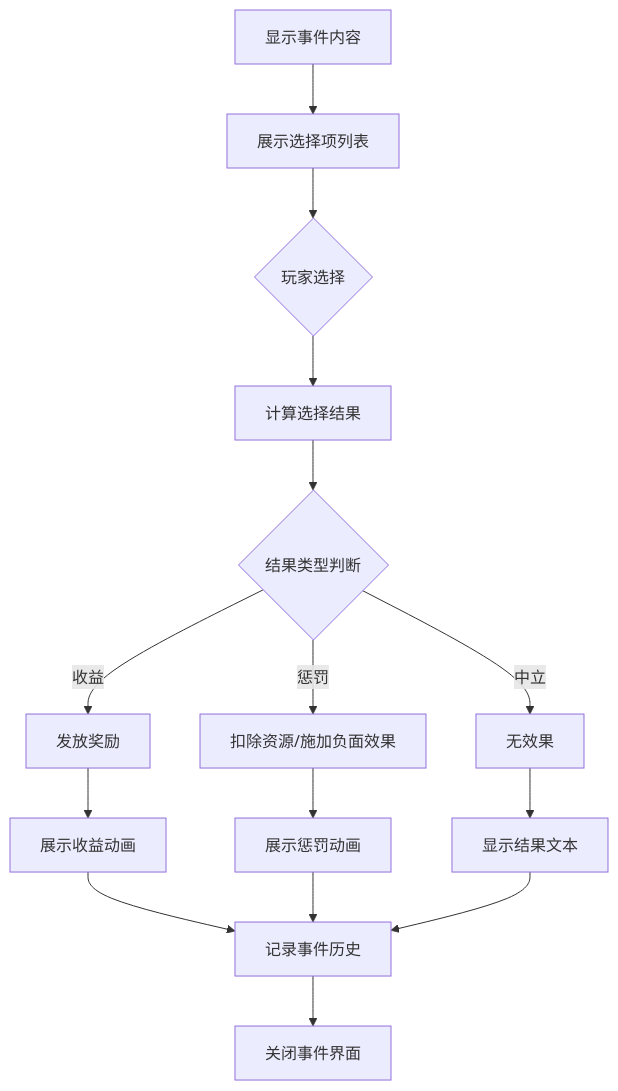
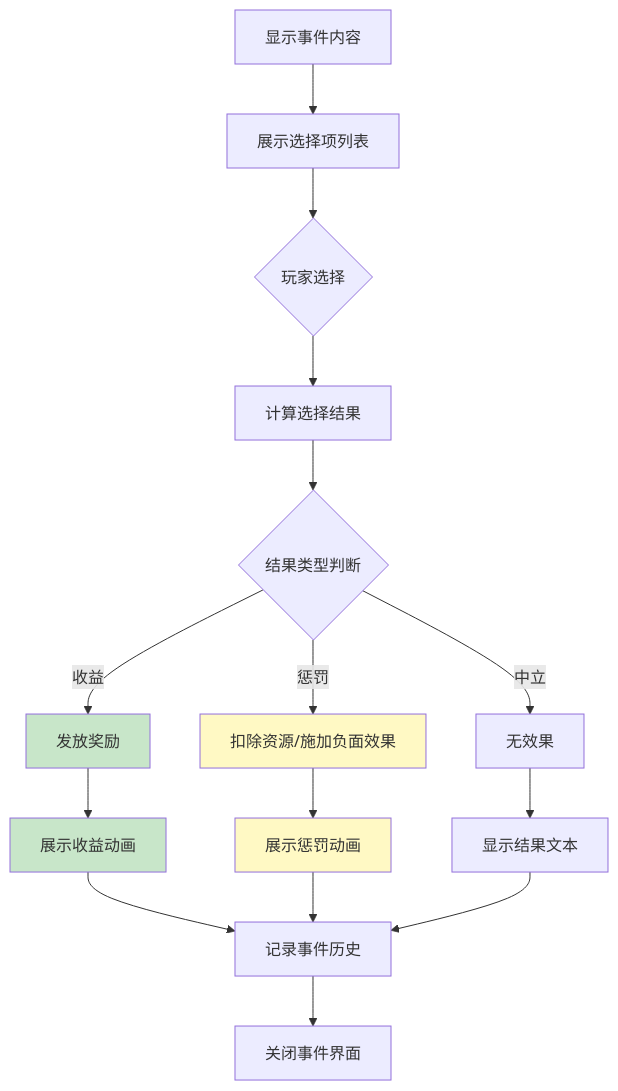
Before and after one commit to Alan-Ben/k2c_game_framework: the third of 9 diagrams in docs/Module_Ancecdote/05_完整说明.md, drawn with Mermaid. The commit also changed other lines of this file and 5 other files, not shown here.

````diff
--- a/docs/Module_Ancecdote/05_完整说明.md
+++ b/docs/Module_Ancecdote/05_完整说明.md
@@ -100,17 +142,22 @@
 ```mermaid
 flowchart TD
     A[显示事件内容] --> B[展示选择项列表]
     B --> C{玩家选择}
     C --> D[计算选择结果]
     D --> E{结果类型判断}
     E -->|收益| F[发放奖励]
     E -->|惩罚| G[扣除资源/施加负面效果]
     E -->|中立| H[无效果]
     F --> I[展示收益动画]
     G --> J[展示惩罚动画]
     H --> K[显示结果文本]
     I --> L[记录事件历史]
     J --> L
     K --> L
     L --> M[关闭事件界面]
+
+    style F fill:#c8e6c9
+    style G fill:#fff9c4
+    style I fill:#c8e6c9
+    style J fill:#fff9c4
 ```
````
